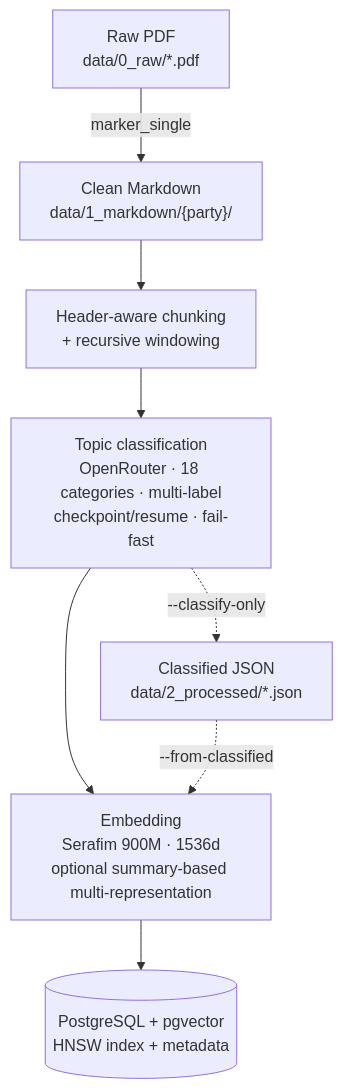
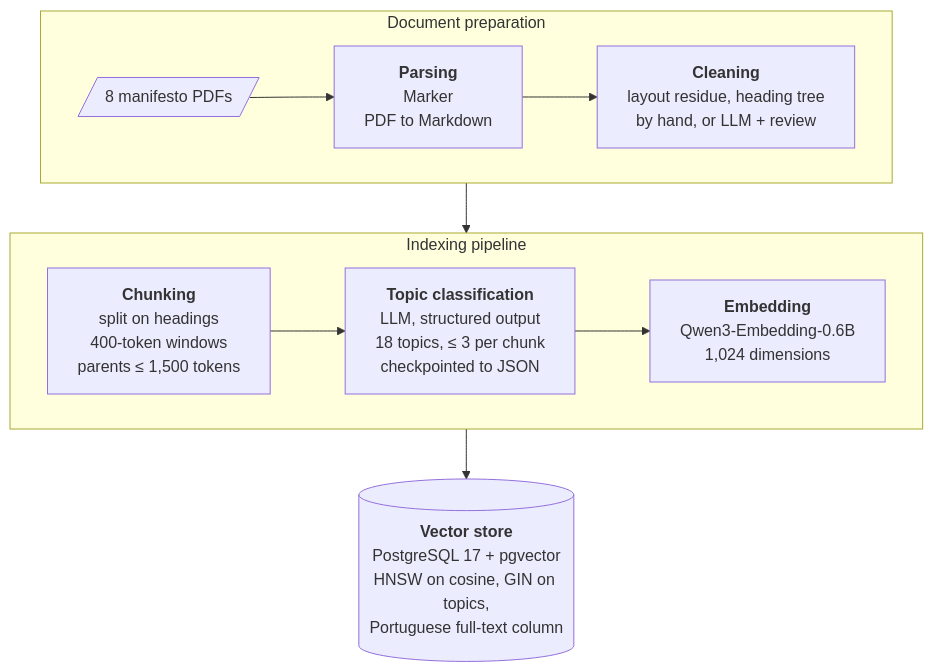
Before and after one commit to afonsoni/thesis: the second of 5 diagrams in docs/architecture.md, drawn with Mermaid. The commit also changed other lines of this file and 7 other files, not shown here.

First line of the commit message:
docs(architecture): update the Mermaid diagrams and render them for the thesis

````diff
--- a/docs/architecture.md
+++ b/docs/architecture.md
@@ -56,11 +65,16 @@
 ```mermaid
 flowchart TD
-    A["Raw PDF<br/>data/0_raw/*.pdf"] -->|marker_single| B["Clean Markdown<br/>data/1_markdown/{party}/"]
-    B --> C["Header-aware chunking<br/>+ recursive windowing"]
-    C --> D["Topic classification<br/>OpenRouter · 18 categories · multi-label<br/>checkpoint/resume · fail-fast"]
-    D --> E["Embedding<br/>Serafim 900M · 1536d<br/>optional summary-based multi-representation"]
-    E --> F[("PostgreSQL + pgvector<br/>HNSW index + metadata")]
+    subgraph PREP["Document preparation"]
+        direction LR
+        PDF[/"8 manifesto PDFs"/] --> PARSE["<b>Parsing</b><br/>Marker<br/>PDF to Markdown"] --> CLEAN["<b>Cleaning</b><br/>layout residue, heading tree<br/>by hand, or LLM + review"]
+    end
 
-    D -.->|"--classify-only"| G["Classified JSON<br/>data/2_processed/*.json"]
-    G -.->|"--from-classified"| E
+    subgraph IDX["Indexing pipeline"]
+        direction LR
+        CHUNK["<b>Chunking</b><br/>split on headings<br/>400-token windows<br/>parents ≤ 1,500 tokens"] --> CLS["<b>Topic classification</b><br/>LLM, structured output<br/>18 topics, ≤ 3 per chunk<br/>checkpointed to JSON"] --> EMB["<b>Embedding</b><br/>Qwen3-Embedding-0.6B<br/>1,024 dimensions"]
+    end
+
+    VS[("<b>Vector store</b><br/>PostgreSQL 17 + pgvector<br/>HNSW on cosine, GIN on topics,<br/>Portuguese full-text column")]
+
+    PREP --> IDX --> VS
 ```
````
